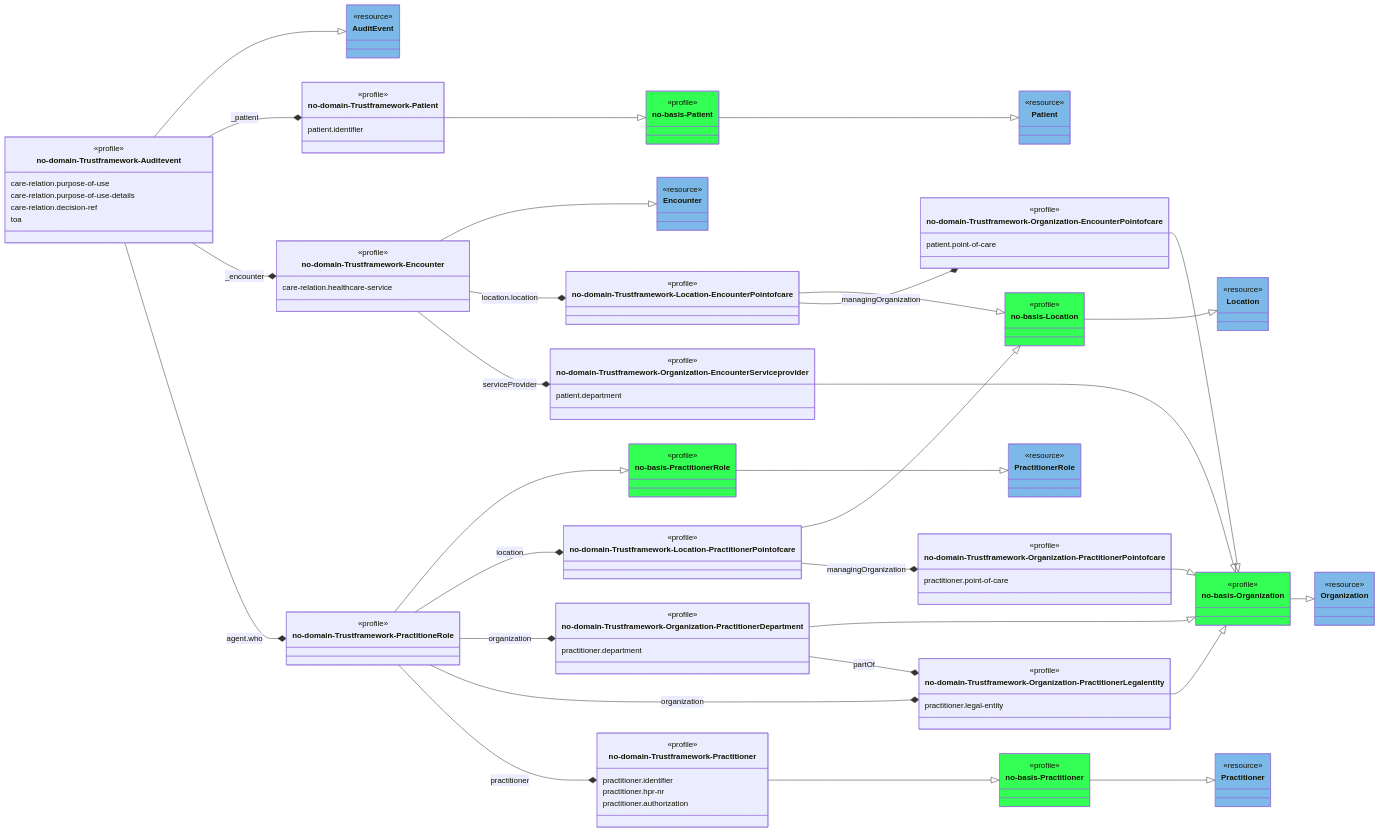
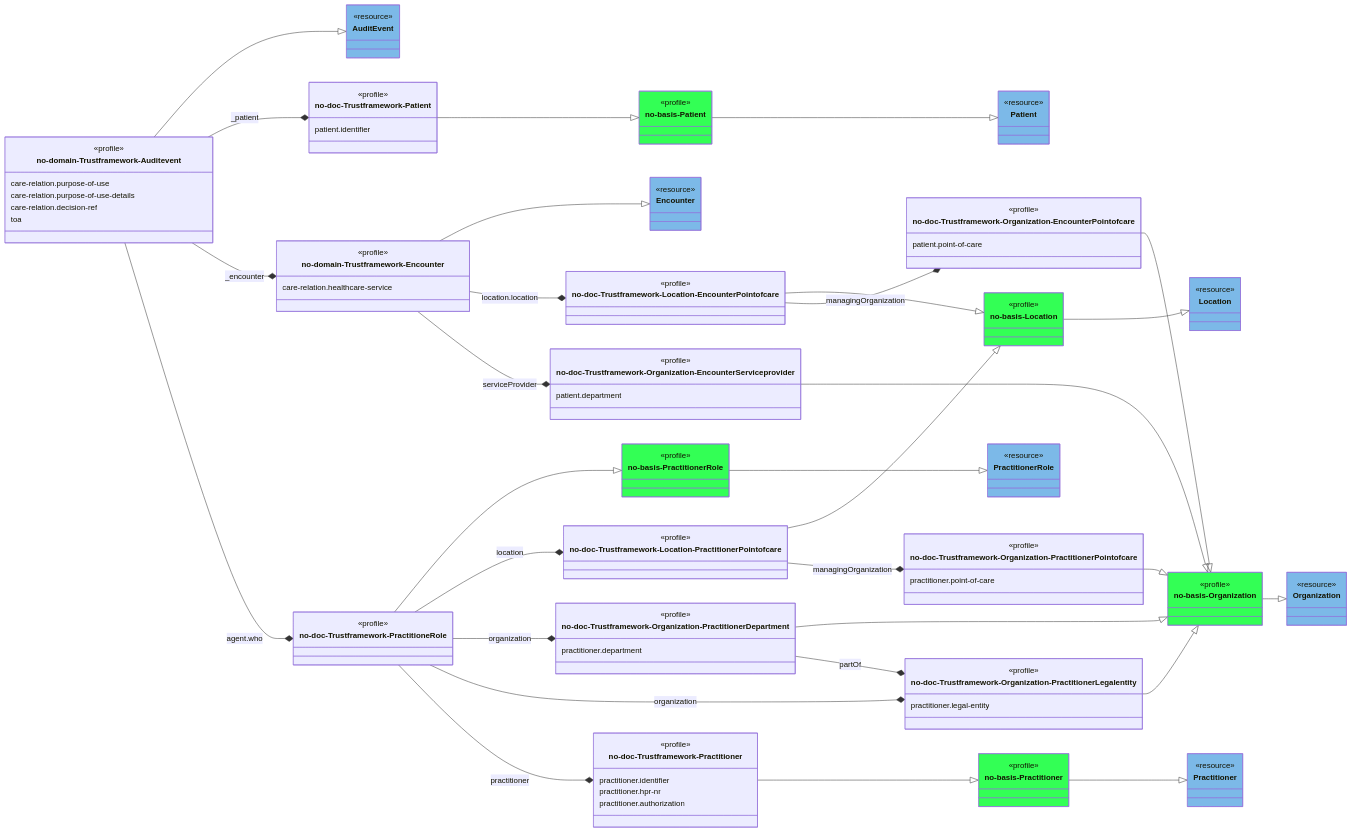
One commit to HL7Norway/AuditEvent changed the diagram in AuditEvent/input/images/AuditEvent-ClassDiagram.mmd. Above: the diagram before and after it, drawn with Mermaid. The commit also changed 11 other files, not shown here.

```diff
--- a/AuditEvent/input/images/AuditEvent-ClassDiagram.mmd
+++ b/AuditEvent/input/images/AuditEvent-ClassDiagram.mmd
@@ -1,139 +1,139 @@
 classDiagram
    direction RL
 
    class AuditEvent { <<resource>>  }
    style AuditEvent fill:#7CB9E8
    class Practitioner { <<resource>> }
    style Practitioner fill:#7CB9E8   
    class PractitionerRole { <<resource>> }
    style PractitionerRole fill:#7CB9E8      
    class Organization { <<resource>> }
    style Organization fill:#7CB9E8         
    class Location { <<resource>> }
    style Location fill:#7CB9E8        
    class Patient { <<resource>> }
    style Patient fill:#7CB9E8           
    class Encounter { <<resource>> }
    style Encounter fill:#7CB9E8 
   
 
  
    class no_basis_Patient["no-basis-Patient"]  {<<profile>>}
    class no_basis_Location["no-basis-Location"] {<<profile>>}
    class no_basis_PractitionerRole["no-basis-PractitionerRole"] {<<profile>>}
    class no_basis_Organization["no-basis-Organization"] {<<profile>>}
    class no_basis_Practitioner["no-basis-Practitioner"] {<<profile>>}
    style no_basis_Practitioner fill:#33FF55 
    style no_basis_Patient fill:#33FF55 
    style no_basis_Location fill:#33FF55 
    style no_basis_Organization fill:#33FF55     
    style no_basis_PractitionerRole fill:#33FF55     
                
    class no-domain-Trustframework-Auditevent {
      <<profile>>
      care-relation.purpose-of-use
      care-relation.purpose-of-use-details
      care-relation.decision-ref     
      toa
    }
   
 
-   class no-domain-Trustframework-PractitioneRole  {<<profile>>}
-   class no-domain-Trustframework-Organization-PractitionerDepartment { 
+   class no-doc-Trustframework-PractitioneRole  {<<profile>>}
+   class no-doc-Trustframework-Organization-PractitionerDepartment { 
      <<profile>>
      practitioner.department
    }   
   
 
-   class no-domain-Trustframework-Practitioner  {
+   class no-doc-Trustframework-Practitioner  {
      <<profile>>
      practitioner.identifier
      practitioner.hpr-nr
      practitioner.authorization
    }
 
-   class no-domain-Trustframework-Organization-PractitionerLegalentity {
+   class no-doc-Trustframework-Organization-PractitionerLegalentity {
      <<profile>>
      practitioner.legal-entity
    }
-   class no-domain-Trustframework-Location-PractitionerPointofcare {<<profile>>}
-   class no-domain-Trustframework-Organization-PractitionerPointofcare {
+   class no-doc-Trustframework-Location-PractitionerPointofcare {<<profile>>}
+   class no-doc-Trustframework-Organization-PractitionerPointofcare {
      <<profile>>
      practitioner.point-of-care
    }
    class no-domain-Trustframework-Encounter {
      <<profile>>
      care-relation.healthcare-service
    }
-   class no-domain-Trustframework-Patient {
+   class no-doc-Trustframework-Patient {
      <<profile>>
      patient.identifier
    }
 
-   class no-domain-Trustframework-Location-EncounterPointofcare {<<profile>>}
-   class no-domain-Trustframework-Organization-EncounterPointofcare {
+   class no-doc-Trustframework-Location-EncounterPointofcare {<<profile>>}
+   class no-doc-Trustframework-Organization-EncounterPointofcare {
      <<profile>>
      patient.point-of-care     
    }
-   class no-domain-Trustframework-Organization-EncounterServiceprovider {
+   class no-doc-Trustframework-Organization-EncounterServiceprovider {
      <<profile>>
      patient.department
    }
 
    AuditEvent <|-- no-domain-Trustframework-Auditevent 
-   no_basis_PractitionerRole <|-- no-domain-Trustframework-PractitioneRole 
-   no_basis_Practitioner <|-- no-domain-Trustframework-Practitioner
-   no_basis_Organization <|-- no-domain-Trustframework-Organization-PractitionerDepartment   
-   no_basis_Organization <|-- no-domain-Trustframework-Organization-PractitionerLegalentity
-   no_basis_Organization <|-- no-domain-Trustframework-Organization-EncounterPointofcare
-   no_basis_Organization <|-- no-domain-Trustframework-Organization-PractitionerPointofcare
-   no_basis_Organization <|-- no-domain-Trustframework-Organization-EncounterServiceprovider
-   no_basis_Location <|-- no-domain-Trustframework-Location-EncounterPointofcare
-   no_basis_Location <|-- no-domain-Trustframework-Location-PractitionerPointofcare
+   no_basis_PractitionerRole <|-- no-doc-Trustframework-PractitioneRole 
+   no_basis_Practitioner <|-- no-doc-Trustframework-Practitioner
+   no_basis_Organization <|-- no-doc-Trustframework-Organization-PractitionerDepartment   
+   no_basis_Organization <|-- no-doc-Trustframework-Organization-PractitionerLegalentity
+   no_basis_Organization <|-- no-doc-Trustframework-Organization-EncounterPointofcare
+   no_basis_Organization <|-- no-doc-Trustframework-Organization-PractitionerPointofcare
+   no_basis_Organization <|-- no-doc-Trustframework-Organization-EncounterServiceprovider
+   no_basis_Location <|-- no-doc-Trustframework-Location-EncounterPointofcare
+   no_basis_Location <|-- no-doc-Trustframework-Location-PractitionerPointofcare
    Location <|-- no_basis_Location
-   no_basis_Patient <|-- no-domain-Trustframework-Patient
+   no_basis_Patient <|-- no-doc-Trustframework-Patient
    Patient <|-- no_basis_Patient
    Encounter <|-- no-domain-Trustframework-Encounter
    PractitionerRole <|-- no_basis_PractitionerRole
    Organization <|-- no_basis_Organization
    Practitioner <|--  no_basis_Practitioner
   
-    no-domain-Trustframework-Organization-PractitionerPointofcare *-- no-domain-Trustframework-Location-PractitionerPointofcare : managingOrganization
-    no-domain-Trustframework-Organization-PractitionerLegalentity *-- no-domain-Trustframework-Organization-PractitionerDepartment : partOf
-    no-domain-Trustframework-Location-EncounterPointofcare *-- no-domain-Trustframework-Encounter : location.location
-    no-domain-Trustframework-Organization-EncounterServiceprovider *-- no-domain-Trustframework-Encounter: serviceProvider
-    no-domain-Trustframework-Organization-EncounterPointofcare *-- no-domain-Trustframework-Location-EncounterPointofcare : managingOrganization
-    no-domain-Trustframework-Location-PractitionerPointofcare *-- no-domain-Trustframework-PractitioneRole  : location
-    no-domain-Trustframework-Organization-PractitionerDepartment *-- no-domain-Trustframework-PractitioneRole  : organization
-    no-domain-Trustframework-Organization-PractitionerLegalentity *-- no-domain-Trustframework-PractitioneRole  : organization
-    no-domain-Trustframework-Practitioner *-- no-domain-Trustframework-PractitioneRole  : practitioner
-    no-domain-Trustframework-Patient *-- no-domain-Trustframework-Auditevent  : _patient
+    no-doc-Trustframework-Organization-PractitionerPointofcare *-- no-doc-Trustframework-Location-PractitionerPointofcare : managingOrganization
+    no-doc-Trustframework-Organization-PractitionerLegalentity *-- no-doc-Trustframework-Organization-PractitionerDepartment : partOf
+    no-doc-Trustframework-Location-EncounterPointofcare *-- no-domain-Trustframework-Encounter : location.location
+    no-doc-Trustframework-Organization-EncounterServiceprovider *-- no-domain-Trustframework-Encounter: serviceProvider
+    no-doc-Trustframework-Organization-EncounterPointofcare *-- no-doc-Trustframework-Location-EncounterPointofcare : managingOrganization
+    no-doc-Trustframework-Location-PractitionerPointofcare *-- no-doc-Trustframework-PractitioneRole  : location
+    no-doc-Trustframework-Organization-PractitionerDepartment *-- no-doc-Trustframework-PractitioneRole  : organization
+    no-doc-Trustframework-Organization-PractitionerLegalentity *-- no-doc-Trustframework-PractitioneRole  : organization
+    no-doc-Trustframework-Practitioner *-- no-doc-Trustframework-PractitioneRole  : practitioner
+    no-doc-Trustframework-Patient *-- no-domain-Trustframework-Auditevent  : _patient
     no-domain-Trustframework-Encounter *-- no-domain-Trustframework-Auditevent  : _encounter
-    no-domain-Trustframework-PractitioneRole  *-- no-domain-Trustframework-Auditevent  : agent.who
+    no-doc-Trustframework-PractitioneRole  *-- no-domain-Trustframework-Auditevent  : agent.who
     
     link AuditEvent "https://hl7.org/fhir/R4/auditevent.html" 
     link Practitioner "https://hl7.org/fhir/R4/practitioner.html" 
     link PractitionerRole "https://hl7.org/fhir/R4/practitionerrole.html" 
     link Organization "https://hl7.org/fhir/R4/organization.html" 
     link Location "https://hl7.org/fhir/R4/location.html" 
     link Patient  "https://hl7.org/fhir/R4/patient.html" 
     link Encounter "https://hl7.org/fhir/R4/encounter.html" 
   
 
     link no-domain-Trustframework-Auditevent "StructureDefinition-no-domain-Trustframework-Auditevent.html"
-    link no-domain-Trustframework-PractitioneRole  "StructureDefinition-no-domain-Trustframework-PractitioneRole.html"
-    link no-domain-Trustframework-Organization-PractitionerDepartment "StructureDefinition-no-domain-Trustframework-Organization-PractitionerDepartment.html"
-    link no-domain-Trustframework-Practitioner "StructureDefinition-no-domain-Trustframework-Practitioner.html"
-    link no-domain-Trustframework-Organization-PractitionerLegalentity "StructureDefinition-no-domain-Trustframework-Organization-PractitionerLegalentity.html"
-    link no-domain-Trustframework-Location-PractitionerPointofcare "StructureDefinition-no-domain-Trustframework-Location-PractitionerPointofcare.html"
-    link no-domain-Trustframework-Organization-PractitionerPointofcare "StructureDefinition-no-domain-Trustframework-Organization-PractitionerPointofcare.html"
+    link no-doc-Trustframework-PractitioneRole  "StructureDefinition-no-doc-Trustframework-PractitioneRole.html"
+    link no-doc-Trustframework-Organization-PractitionerDepartment "StructureDefinition-no-doc-Trustframework-Organization-PractitionerDepartment.html"
+    link no-doc-Trustframework-Practitioner "StructureDefinition-no-doc-Trustframework-Practitioner.html"
+    link no-doc-Trustframework-Organization-PractitionerLegalentity "StructureDefinition-no-doc-Trustframework-Organization-PractitionerLegalentity.html"
+    link no-doc-Trustframework-Location-PractitionerPointofcare "StructureDefinition-no-doc-Trustframework-Location-PractitionerPointofcare.html"
+    link no-doc-Trustframework-Organization-PractitionerPointofcare "StructureDefinition-no-doc-Trustframework-Organization-PractitionerPointofcare.html"
     link no-domain-Trustframework-Encounter "StructureDefinition-no-domain-Trustframework-Encounter.html"
-    link no-domain-Trustframework-Patient "StructureDefinition-no-domain-Trustframework-Patient.html"
-    link no-domain-Trustframework-Location-EncounterPointofcare "StructureDefinition-no-domain-Trustframework-Location-EncounterPointofcare.html"
-    link no-domain-Trustframework-Organization-EncounterPointofcare "StructureDefinition-no-domain-Trustframework-Organization-EncounterPointofcare.html"
-    link no-domain-Trustframework-Organization-EncounterServiceprovider "StructureDefinition-no-domain-Trustframework-Organization-EncounterServiceprovider.html"
+    link no-doc-Trustframework-Patient "StructureDefinition-no-doc-Trustframework-Patient.html"
+    link no-doc-Trustframework-Location-EncounterPointofcare "StructureDefinition-no-doc-Trustframework-Location-EncounterPointofcare.html"
+    link no-doc-Trustframework-Organization-EncounterPointofcare "StructureDefinition-no-doc-Trustframework-Organization-EncounterPointofcare.html"
+    link no-doc-Trustframework-Organization-EncounterServiceprovider "StructureDefinition-no-doc-Trustframework-Organization-EncounterServiceprovider.html"
     link no_basis_Patient "https://simplifier.net/hl7norwayno-basis/nobasispatient"
     link no_basis_Location "https://simplifier.net/hl7norwayno-basis/nobasislocation"
     link no_basis_PractitionerRole "https://simplifier.net/hl7norwayno-basis/nobasispractitionerrole"
     link no_basis_Organization "https://simplifier.net/hl7norwayno-basis/nobasisorganization"
     link no_basis_Practitioner "https://simplifier.net/hl7norwayno-basis/nobasispractitioner"
```
